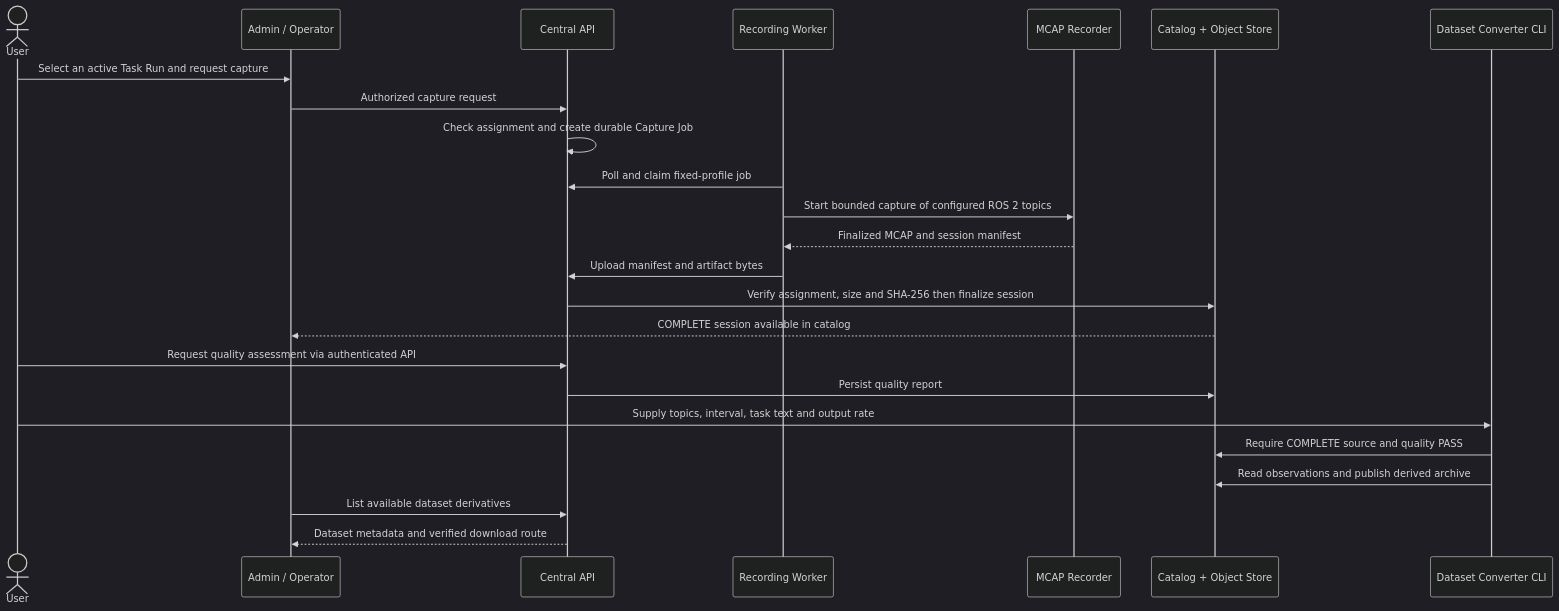
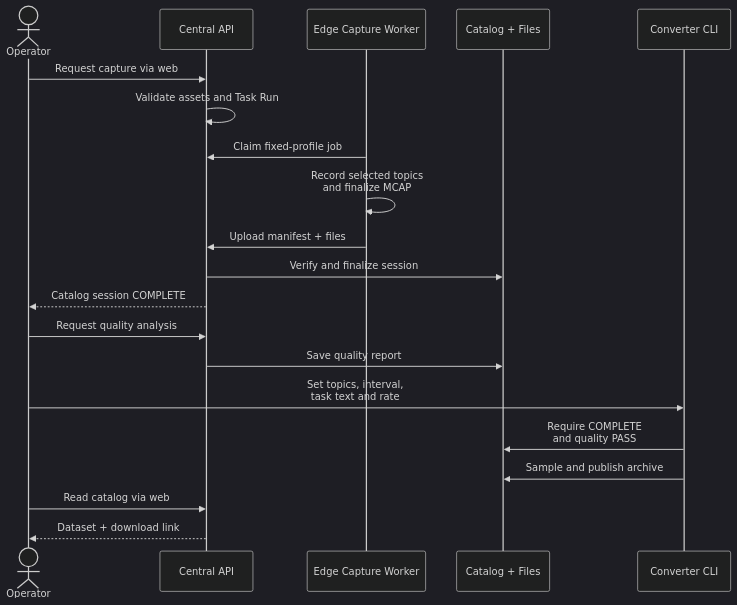
The first of 2 diagrams in docs/ARCHITECTURE.md (acdonge/sang-robot-operations), drawn with Mermaid (dark theme) before and after one commit. The commit also changed other lines of this file, not shown here.

Commit message:
docs: improve sequence diagram readability

````diff
--- a/docs/ARCHITECTURE.md
+++ b/docs/ARCHITECTURE.md
@@ -58,26 +58,22 @@
 ```mermaid
 sequenceDiagram
-    actor User
-    participant UI as Admin / Operator
+    actor User as Operator
     participant API as Central API
-    participant Edge as Recording Worker
-    participant Rec as MCAP Recorder
-    participant Store as Catalog + Object Store
-    participant Export as Dataset Converter CLI
-    User->>UI: Select an active Task Run and request capture
-    UI->>API: Authorized capture request
-    API->>API: Check assignment and create durable Capture Job
-    Edge->>API: Poll and claim fixed-profile job
-    Edge->>Rec: Start bounded capture of configured ROS 2 topics
-    Rec-->>Edge: Finalized MCAP and session manifest
-    Edge->>API: Upload manifest and artifact bytes
-    API->>Store: Verify assignment, size and SHA-256 then finalize session
-    Store-->>UI: COMPLETE session available in catalog
-    User->>API: Request quality assessment via authenticated API
-    API->>Store: Persist quality report
-    User->>Export: Supply topics, interval, task text and output rate
-    Export->>Store: Require COMPLETE source and quality PASS
-    Export->>Store: Read observations and publish derived archive
-    UI->>API: List available dataset derivatives
-    API-->>UI: Dataset metadata and verified download route
+    participant Edge as Edge Capture Worker
+    participant Store as Catalog + Files
+    participant Export as Converter CLI
+    User->>API: Request capture via web
+    API->>API: Validate assets and Task Run
+    Edge->>API: Claim fixed-profile job
+    Edge->>Edge: Record selected topics<br/>and finalize MCAP
+    Edge->>API: Upload manifest + files
+    API->>Store: Verify and finalize session
+    API-->>User: Catalog session COMPLETE
+    User->>API: Request quality analysis
+    API->>Store: Save quality report
+    User->>Export: Set topics, interval,<br/>task text and rate
+    Export->>Store: Require COMPLETE<br/>and quality PASS
+    Export->>Store: Sample and publish archive
+    User->>API: Read catalog via web
+    API-->>User: Dataset + download link
 ```
````
